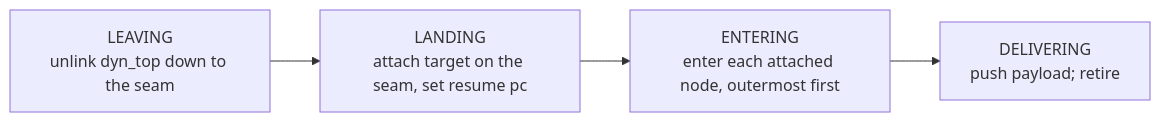
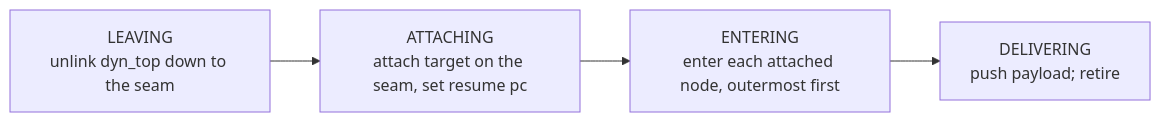
One commit to koskari-lang/koskari changed the tenth of 12 diagrams in design/EVALUATOR.md. Above: the diagram before and after it, drawn with Mermaid. The commit also changed other lines of this file and 229 other files, not shown here.

````diff
--- a/design/EVALUATOR.md
+++ b/design/EVALUATOR.md
@@ -1065,8 +1065,8 @@
 ```mermaid
 flowchart LR
     LEAVING["LEAVING<br/>unlink dyn_top down to the seam"]
-    LANDING["LANDING<br/>attach target on the seam, set resume pc"]
+    ATTACHING["ATTACHING<br/>attach target on the seam, set resume pc"]
     ENTERING["ENTERING<br/>enter each attached node, outermost first"]
     DELIVERING["DELIVERING<br/>push payload; retire"]
-    LEAVING --> LANDING --> ENTERING --> DELIVERING
+    LEAVING --> ATTACHING --> ENTERING --> DELIVERING
 ```
````
